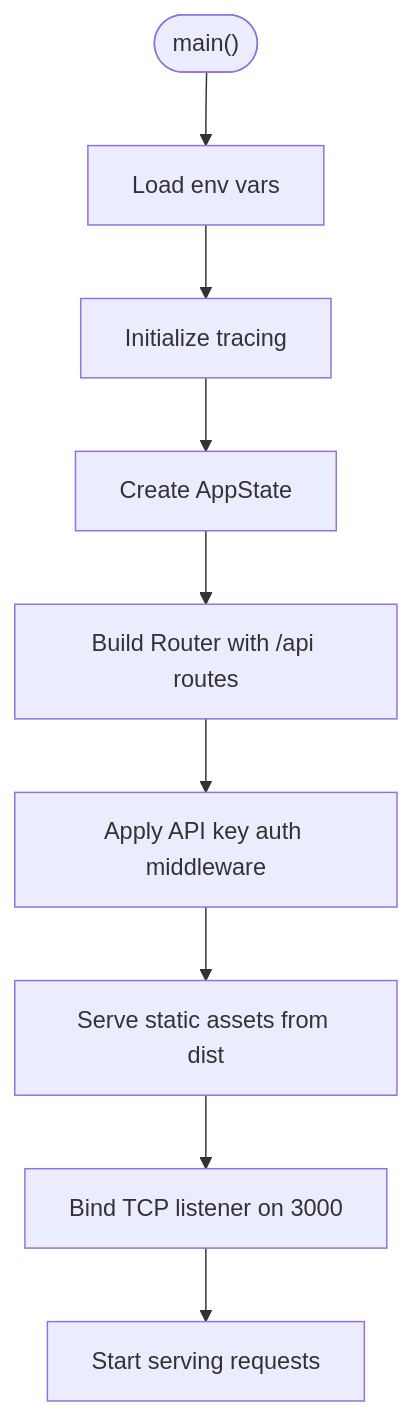
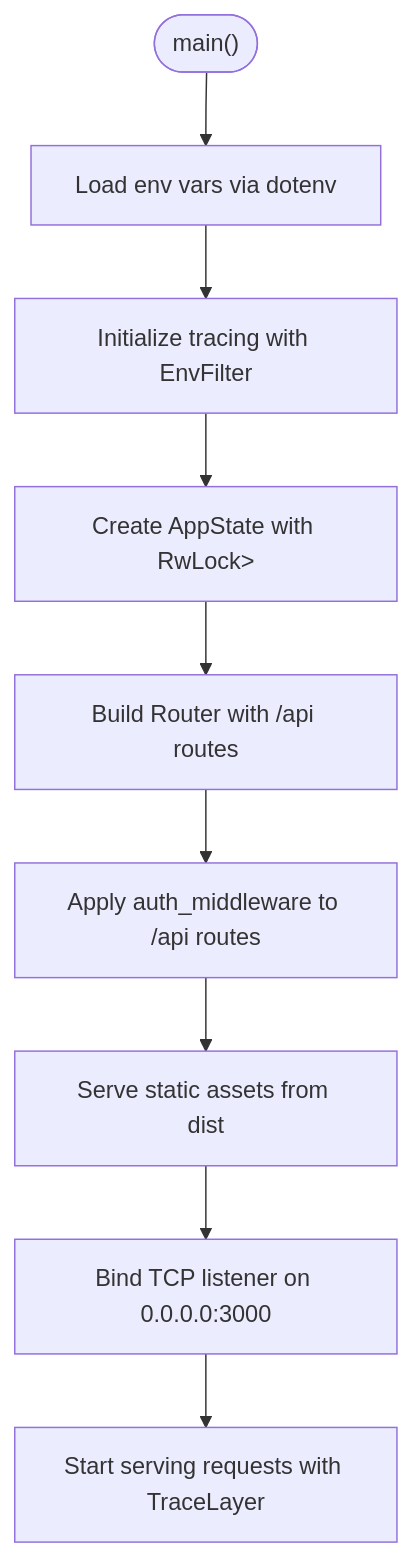
One commit to sutanto1010/crablite changed the third of 10 diagrams in .qoder/repowiki/en/content/Architecture & Design.md. Above: the diagram before and after it, drawn with Mermaid. The commit also changed other lines of this file and 7 other files, not shown here.

First line of the commit message:
docs(architecture): update detailed system architecture and documentation

````diff
--- a/.qoder/repowiki/en/content/Architecture & Design.md
+++ b/.qoder/repowiki/en/content/Architecture & Design.md
@@ -175,11 +180,11 @@
 ```mermaid
 flowchart TD
-Start(["main()"]) --> InitEnv["Load env vars"]
-InitEnv --> InitTracing["Initialize tracing"]
-InitTracing --> CreateState["Create AppState"]
+Start(["main()"]) --> InitEnv["Load env vars via dotenv"]
+InitEnv --> InitTracing["Initialize tracing with EnvFilter"]
+InitTracing --> CreateState["Create AppState with RwLock<Option<SqlitePool>>"]
 CreateState --> BuildRoutes["Build Router with /api routes"]
-BuildRoutes --> ApplyMiddleware["Apply API key auth middleware"]
+BuildRoutes --> ApplyMiddleware["Apply auth_middleware to /api routes"]
 ApplyMiddleware --> ServeStatic["Serve static assets from dist"]
-ServeStatic --> BindPort["Bind TCP listener on 3000"]
-BindPort --> Listen["Start serving requests"]
+ServeStatic --> BindPort["Bind TCP listener on 0.0.0.0:3000"]
+BindPort --> Listen["Start serving requests with TraceLayer"]
 ```
````
